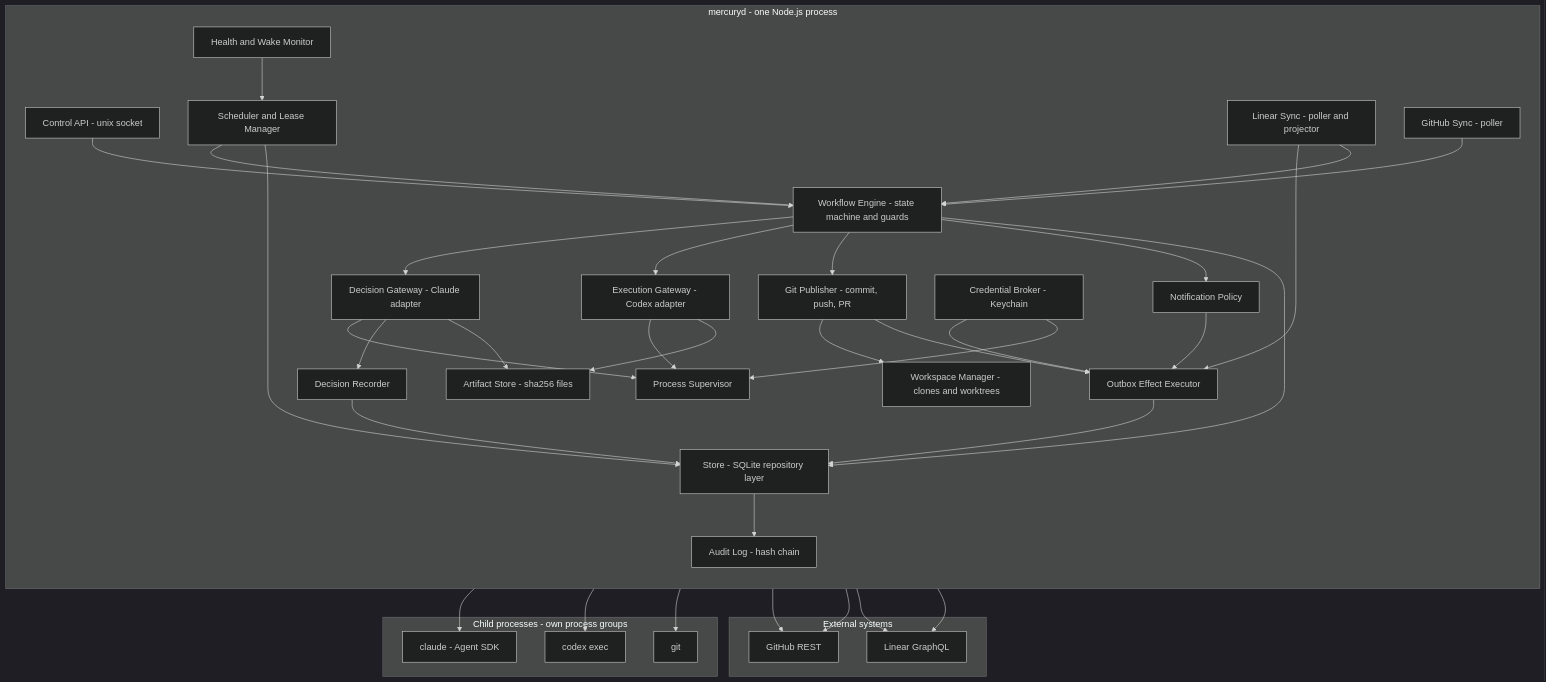
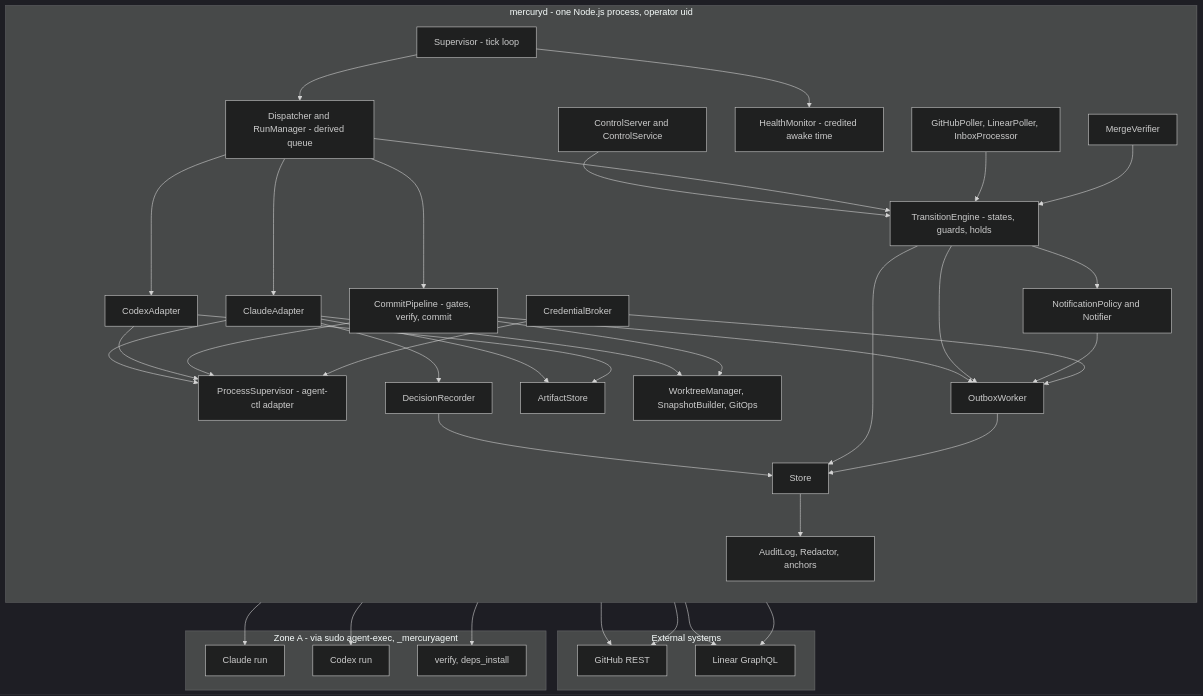
The second of 4 diagrams in docs/mercury/architecture/overview.md (usjbro/Project-Mercury), drawn with Mermaid (dark theme) before and after one commit. The commit also changed other lines of this file and 28 other files, not shown here.

````diff
--- a/docs/mercury/architecture/overview.md
+++ b/docs/mercury/architecture/overview.md
@@ -120,68 +155,71 @@
 ```mermaid
 flowchart TB
     subgraph EXT["External systems"]
         GH["GitHub REST"]
         LN["Linear GraphQL"]
     end
 
-    subgraph MD["mercuryd - one Node.js process"]
+    subgraph MD["mercuryd - one Node.js process, operator uid"]
         direction TB
-        CTRL["Control API - unix socket"]
-        SCH["Scheduler and Lease Manager"]
-        WF["Workflow Engine - state machine and guards"]
-        DG["Decision Gateway - Claude adapter"]
-        DR["Decision Recorder"]
-        EG["Execution Gateway - Codex adapter"]
-        SUP["Process Supervisor"]
-        WS["Workspace Manager - clones and worktrees"]
-        GP["Git Publisher - commit, push, PR"]
-        GS["GitHub Sync - poller"]
-        LS["Linear Sync - poller and projector"]
-        OB["Outbox Effect Executor"]
-        NP["Notification Policy"]
-        AS["Artifact Store - sha256 files"]
-        AU["Audit Log - hash chain"]
-        CB["Credential Broker - Keychain"]
-        HM["Health and Wake Monitor"]
-        ST["Store - SQLite repository layer"]
+        CTRL["ControlServer and ControlService"]
+        SUPV["Supervisor - tick loop"]
+        TE["TransitionEngine - states, guards, holds"]
+        DISP["Dispatcher and RunManager - derived queue"]
+        CLA["ClaudeAdapter"]
+        CXA["CodexAdapter"]
+        DREC["DecisionRecorder"]
+        PS["ProcessSupervisor - agent-ctl adapter"]
+        WTM["WorktreeManager, SnapshotBuilder, GitOps"]
+        CP["CommitPipeline - gates, verify, commit"]
+        POLL["GitHubPoller, LinearPoller, InboxProcessor"]
+        OBX["OutboxWorker"]
+        NOT["NotificationPolicy and Notifier"]
+        ART["ArtifactStore"]
+        AUD["AuditLog, Redactor, anchors"]
+        CRED["CredentialBroker"]
+        HM["HealthMonitor - credited awake time"]
+        MV["MergeVerifier"]
+        ST["Store"]
     end
 
-    subgraph CHILD["Child processes - own process groups"]
-        CLP["claude - Agent SDK"]
-        CXP["codex exec"]
-        GITP["git"]
+    subgraph AG["Zone A - via sudo agent-exec, _mercuryagent"]
+        CLP["Claude run"]
+        CXP["Codex run"]
+        VER["verify, deps_install"]
     end
 
-    CTRL --> WF
-    SCH --> WF
-    WF --> DG
-    WF --> EG
-    WF --> GP
-    WF --> NP
-    DG --> SUP
-    EG --> SUP
-    SUP --> CLP
-    SUP --> CXP
-    DG --> DR
-    DR --> ST
-    EG --> AS
-    DG --> AS
-    GP --> WS
-    WS --> GITP
-    GP --> OB
-    NP --> OB
-    LS --> OB
-    OB --> GH
-    OB --> LN
-    GS --> GH
-    LS --> LN
-    GS --> WF
-    LS --> WF
-    HM --> SCH
-    WF --> ST
-    SCH --> ST
-    OB --> ST
-    ST --> AU
-    CB --> OB
-    CB --> SUP
+    CTRL --> TE
+    SUPV --> DISP
+    SUPV --> HM
+    DISP --> TE
+    DISP --> CLA
+    DISP --> CXA
+    DISP --> CP
+    CLA --> PS
+    CXA --> PS
+    CP --> PS
+    PS --> CLP
+    PS --> CXP
+    PS --> VER
+    CLA --> DREC
+    DREC --> ST
+    CLA --> ART
+    CXA --> ART
+    CLA --> WTM
+    CP --> WTM
+    CP --> OBX
+    TE --> OBX
+    TE --> NOT
+    NOT --> OBX
+    OBX --> GH
+    OBX --> LN
+    POLL --> GH
+    POLL --> LN
+    POLL --> TE
+    MV --> TE
+    TE --> ST
+    OBX --> ST
+    ST --> AUD
+    CRED --> OBX
+    CRED --> PS
 ```
````
